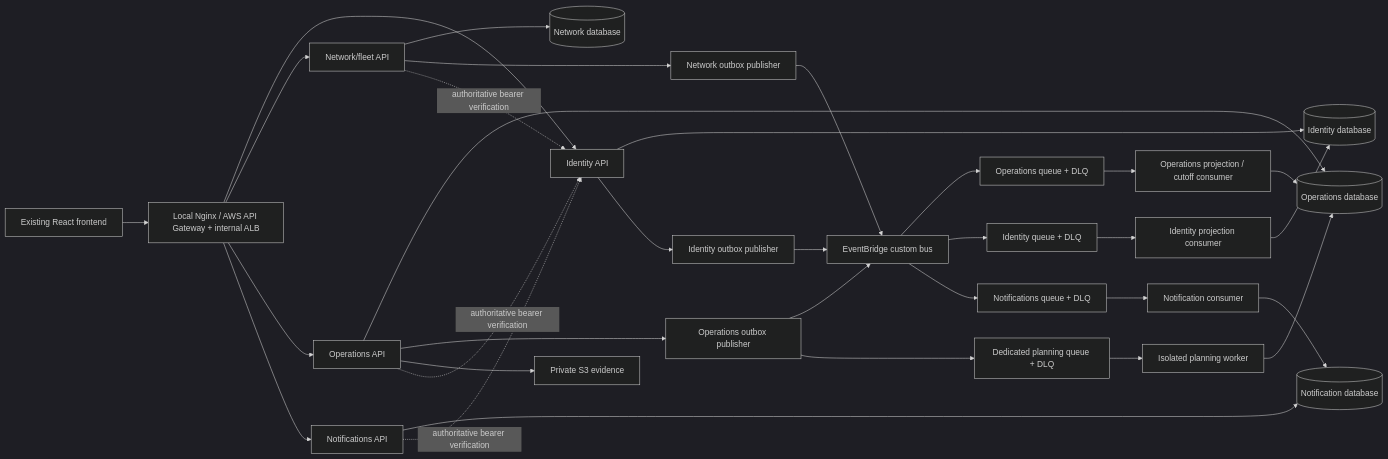
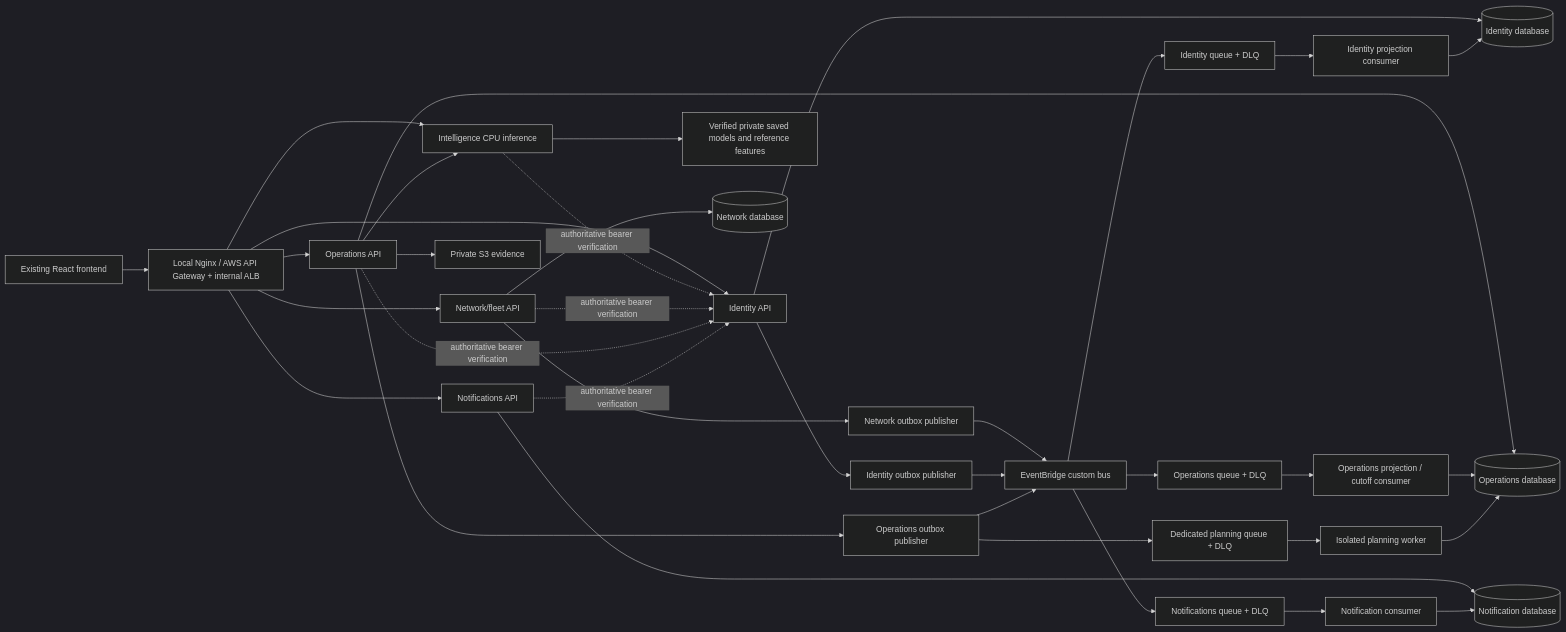
The diagram in backend/docs/architecture.md (praneeshsurendran/Waypoint), drawn with Mermaid (dark theme) before and after one commit. The commit also changed other lines of this file and 110 other files, not shown here.

First line of the commit message:
feat: integrate intelligence models and harden end-to-end delivery workflows

````diff
--- a/backend/docs/architecture.md
+++ b/backend/docs/architecture.md
@@ -19,34 +21,38 @@
 ```mermaid
 flowchart LR
     UI[Existing React frontend] --> Edge[Local Nginx / AWS API Gateway + internal ALB]
     Edge --> Identity[Identity API]
     Edge --> Network[Network/fleet API]
     Edge --> Ops[Operations API]
     Edge --> Notices[Notifications API]
+    Edge --> ML[Intelligence CPU inference]
+    Ops --> ML
+    ML --> Models[Verified private saved models and reference features]
+    ML -. authoritative bearer verification .-> Identity
     Identity --> IDB[(Identity database)]
     Network --> NDB[(Network database)]
     Ops --> ODB[(Operations database)]
     Notices --> XDB[(Notification database)]
     Network --> NP[Network outbox publisher]
     Identity --> IP[Identity outbox publisher]
     Ops --> OP[Operations outbox publisher]
     NP --> Bus[EventBridge custom bus]
     IP --> Bus
     OP --> Bus
     Bus --> OQ[Operations queue + DLQ]
     Bus --> IQ[Identity queue + DLQ]
     Bus --> NQ[Notifications queue + DLQ]
     OQ --> OC[Operations projection / cutoff consumer]
     IQ --> IC[Identity projection consumer]
     NQ --> NC[Notification consumer]
     OC --> ODB
     IC --> IDB
     NC --> XDB
     OP --> JQ[Dedicated planning queue + DLQ]
     JQ --> JW[Isolated planning worker]
     JW --> ODB
     Ops --> POD[Private S3 evidence]
     Network -. authoritative bearer verification .-> Identity
     Ops -. authoritative bearer verification .-> Identity
     Notices -. authoritative bearer verification .-> Identity
 ```
````
